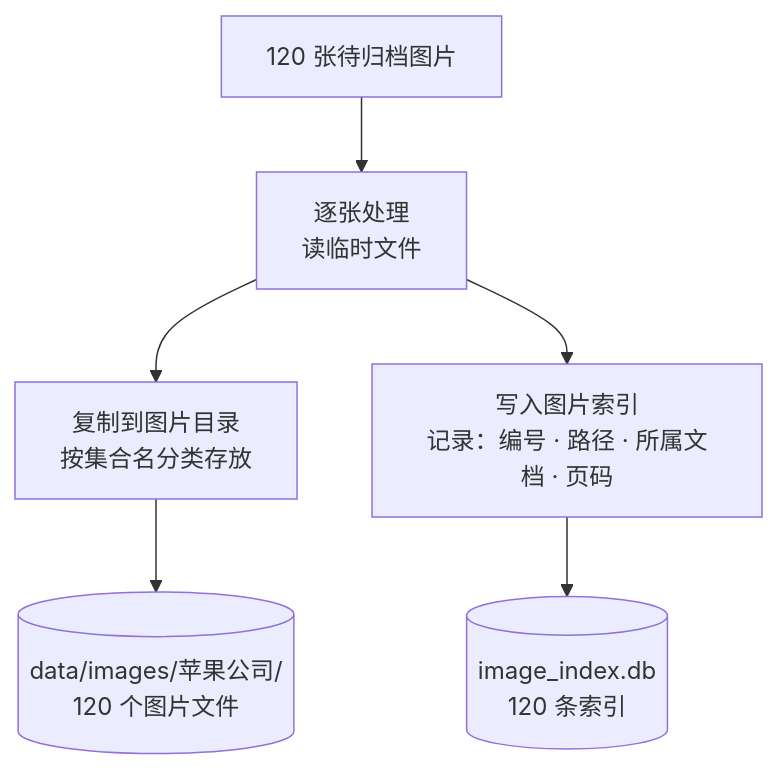
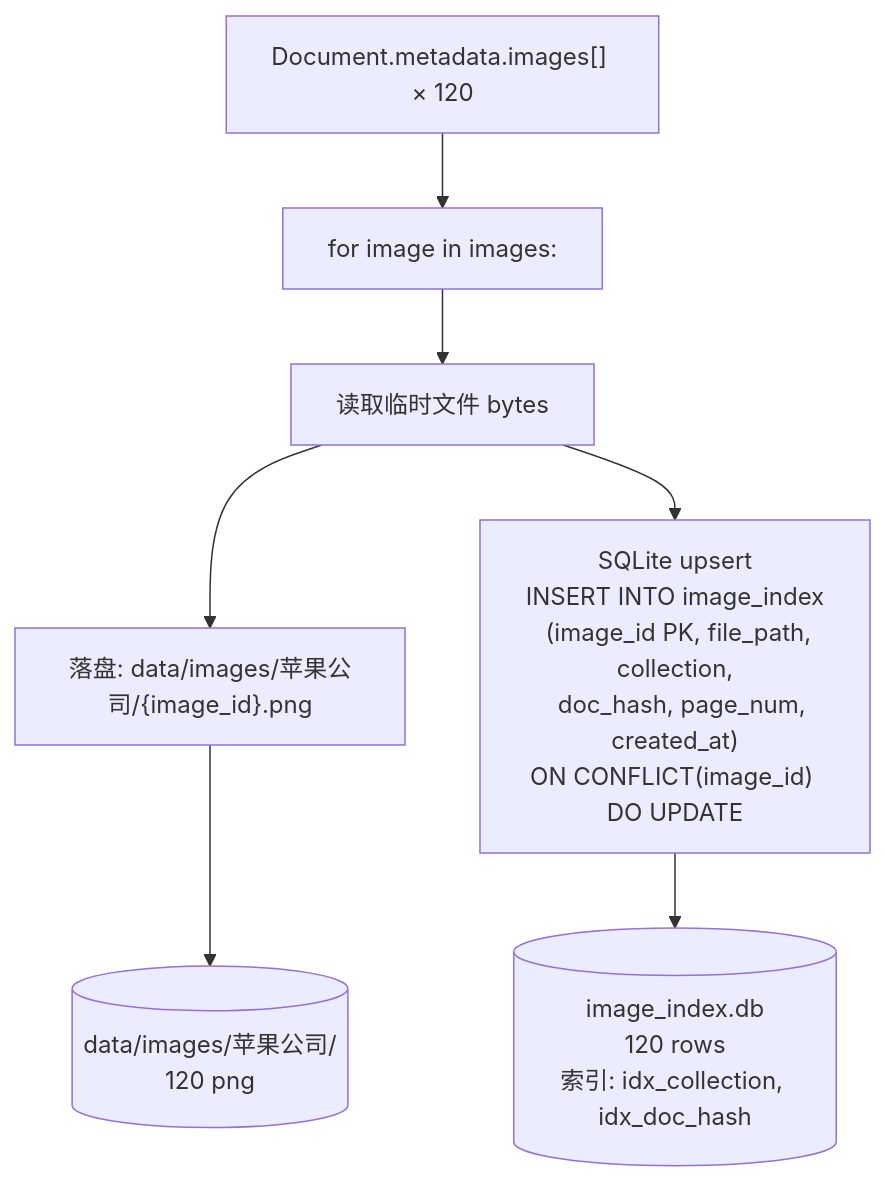
The ninth of 10 diagrams in docs/INGESTION_PIPELINE.md (kidoom/RAG-MCP), drawn with Mermaid before and after one commit. The commit also changed other lines of this file and 1 other file, not shown here.

````diff
--- a/docs/INGESTION_PIPELINE.md
+++ b/docs/INGESTION_PIPELINE.md
@@ -300,8 +268,10 @@
 ```mermaid
 graph TD
-    A["120 张待归档图片"] --> B["逐张处理\n读临时文件"]
-    B --> C["复制到图片目录\n按集合名分类存放"]
-    B --> D["写入图片索引\n记录：编号 · 路径 · 所属文档 · 页码"]
-    C --> E[("data/images/苹果公司/\n120 个图片文件")]
-    D --> F[("image_index.db\n120 条索引")]
+    IMGS["Document.metadata.images[] × 120"] --> LOOP["for image in images:"]
+    LOOP --> READ["读取临时文件 bytes"]
+    READ --> SAVE["落盘: data/images/苹果公司/{image_id}.png"]
+    READ --> UPSERT["SQLite upsert\nINSERT INTO image_index\n  (image_id PK, file_path, collection,\n   doc_hash, page_num, created_at)\nON CONFLICT(image_id) DO UPDATE"]
+
+    SAVE --> DISK[("data/images/苹果公司/\n120 png")]
+    UPSERT --> SQL[("image_index.db\n120 rows\n索引: idx_collection, idx_doc_hash")]
 ```
````
